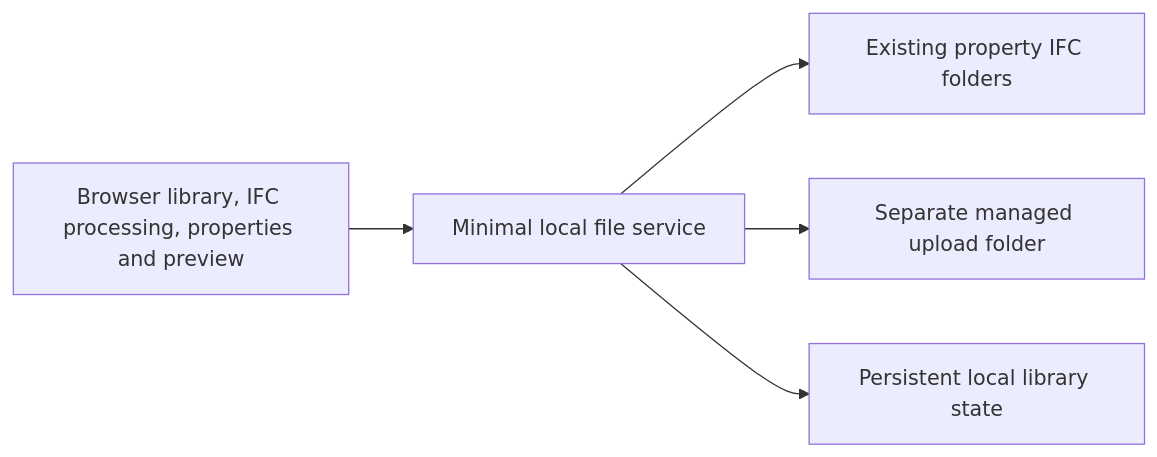
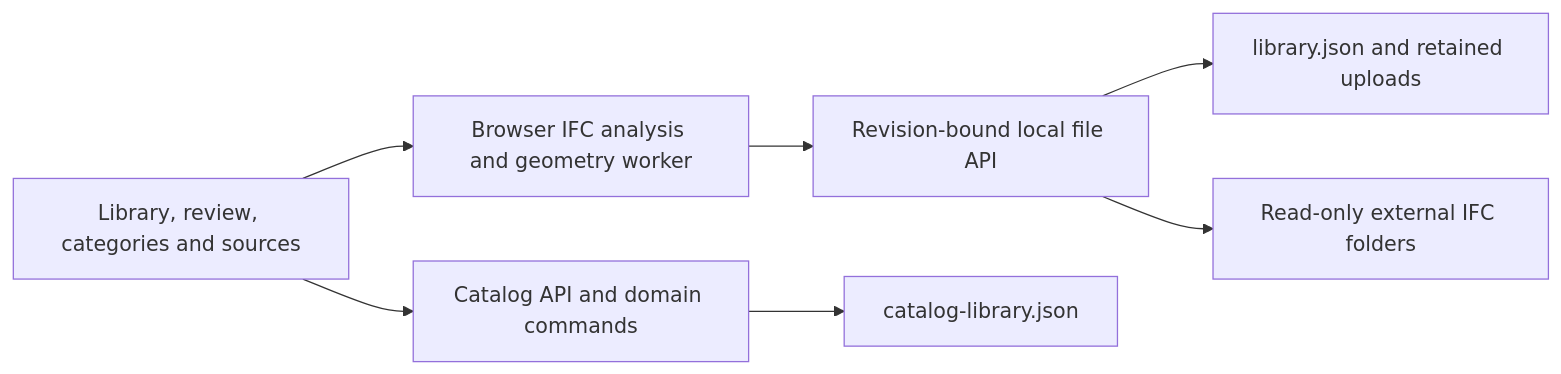
Before and after one commit to sdg-xs/asset-browser: the diagram in docs/architecture-review.md, drawn with Mermaid. The commit also changed other lines of this file and 11 other files, not shown here.

````diff
--- a/docs/architecture-review.md
+++ b/docs/architecture-review.md
@@ -9,7 +5,9 @@
 ```mermaid
 flowchart LR
-    UI[Browser library, IFC processing, properties and preview] --> Service[Minimal local file service]
-    Service --> Existing[Existing property IFC folders]
-    Service --> Uploads[Separate managed upload folder]
-    Service --> State[Persistent local library state]
+    UI[Library, review, categories and sources] --> Catalog[Catalog API and domain commands]
+    UI --> Worker[Browser IFC analysis and geometry worker]
+    Worker --> Files[Revision-bound local file API]
+    Catalog --> CatalogState[catalog-library.json]
+    Files --> SourceState[library.json and retained uploads]
+    Files --> Originals[Read-only external IFC folders]
 ```
````
